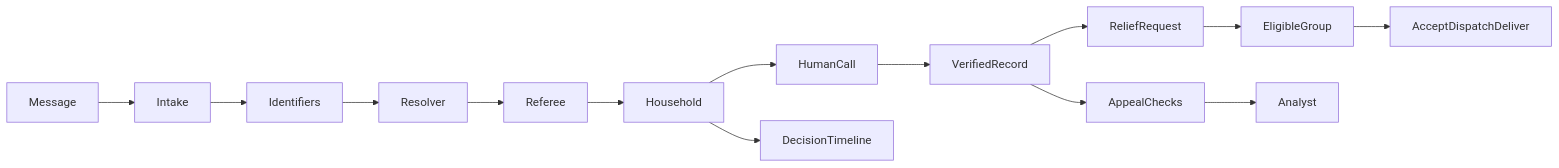
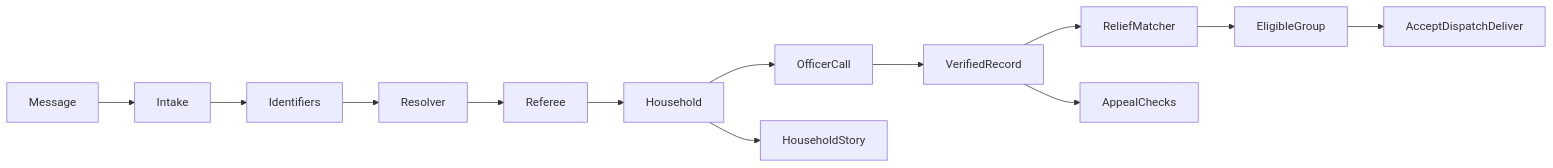
The diagram in README.md (TheByteForce/TheByteForce), drawn with Mermaid before and after one commit. The commit also changed other lines of this file, not shown here.

````diff
--- a/README.md
+++ b/README.md
@@ -104,11 +167,11 @@
 ```mermaid
 flowchart LR
     Message --> Intake --> Identifiers
     Identifiers --> Resolver --> Referee
     Referee --> Household
-    Household --> HumanCall --> VerifiedRecord
-    VerifiedRecord --> ReliefRequest --> EligibleGroup
+    Household --> OfficerCall --> VerifiedRecord
+    VerifiedRecord --> ReliefMatcher --> EligibleGroup
     EligibleGroup --> AcceptDispatchDeliver
-    VerifiedRecord --> AppealChecks --> Analyst
-    Household --> DecisionTimeline
+    VerifiedRecord --> AppealChecks
+    Household --> HouseholdStory
 ```
````
